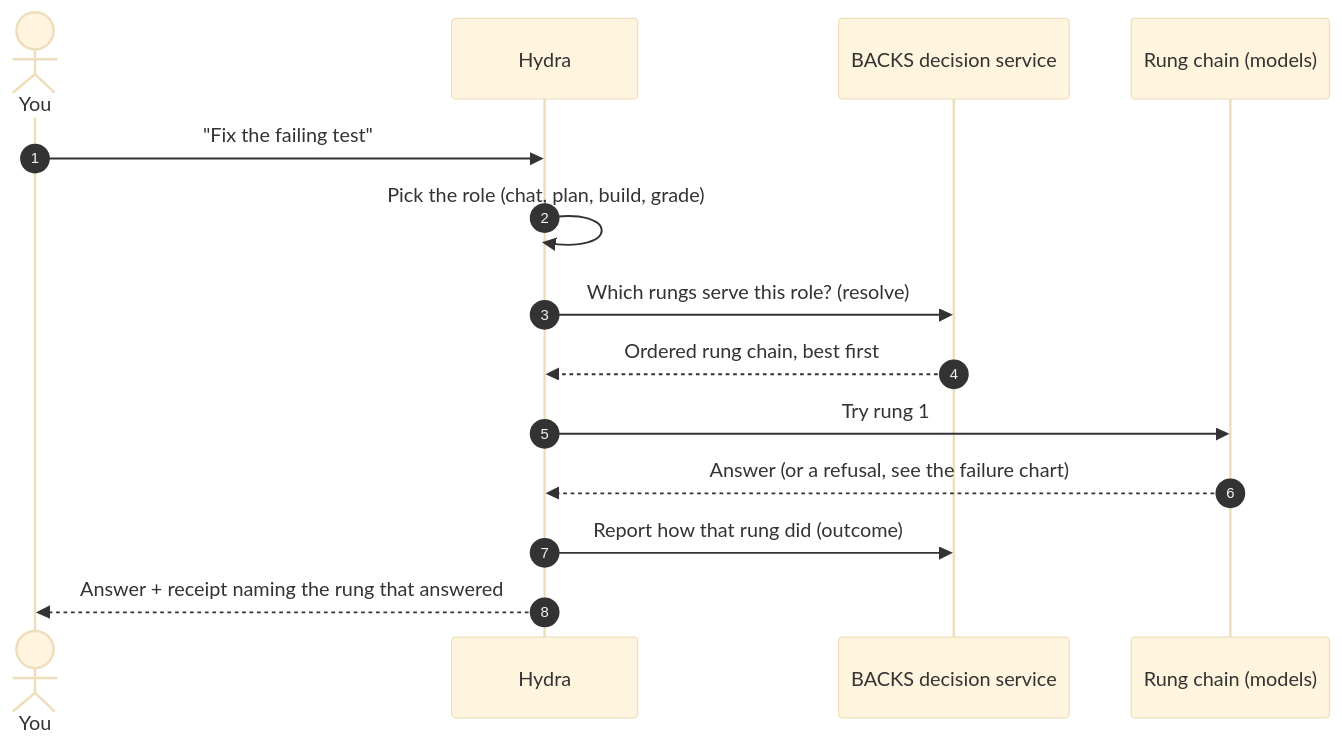
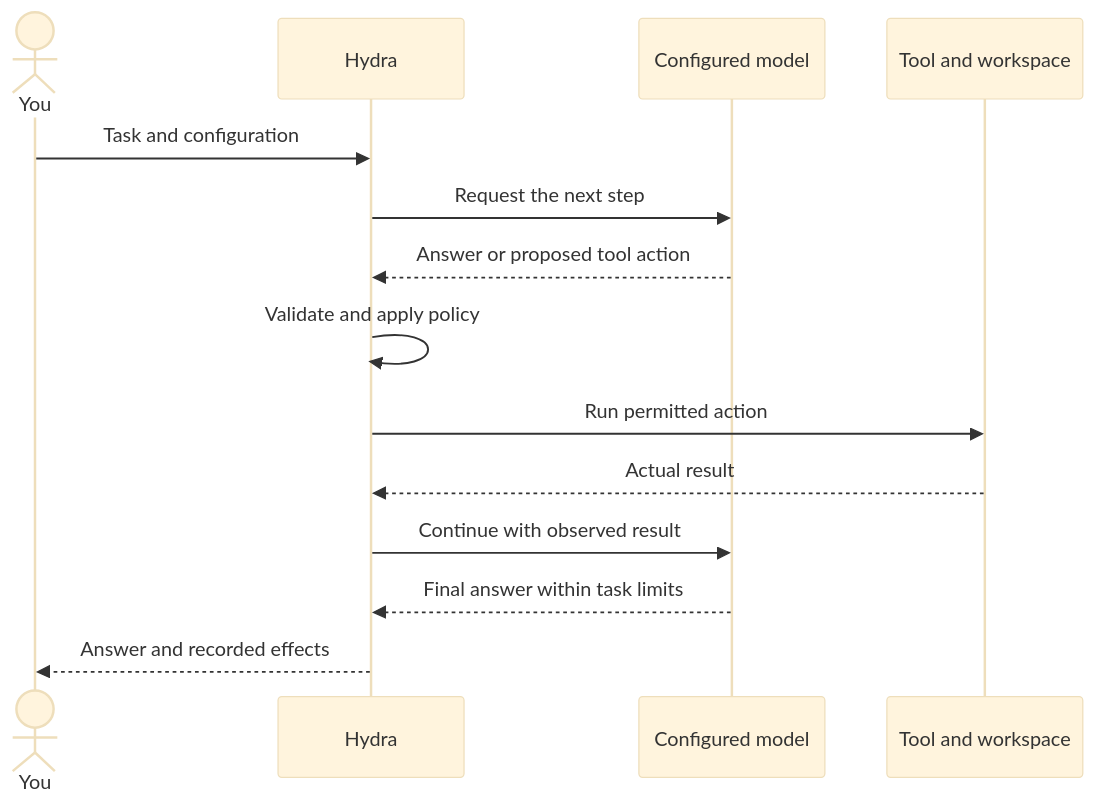
The diagram in hydra/charts/request-flow.mmd (Tcuzzo/Tcuzzo.github.io), drawn with Mermaid (base theme) before and after one commit. The commit also changed 12 other files, not shown here.

```diff
--- a/hydra/charts/request-flow.mmd
+++ b/hydra/charts/request-flow.mmd
@@ -1,14 +1,14 @@
 sequenceDiagram
-    autonumber
     actor You
     participant H as Hydra
-    participant R as BACKS decision service
-    participant L as Rung chain (models)
-    You->>H: "Fix the failing test"
-    H->>H: Pick the role (chat, plan, build, grade)
-    H->>R: Which rungs serve this role? (resolve)
-    R-->>H: Ordered rung chain, best first
-    H->>L: Try rung 1
-    L-->>H: Answer (or a refusal, see the failure chart)
-    H->>R: Report how that rung did (outcome)
-    H-->>You: Answer + receipt naming the rung that answered
+    participant M as Configured model
+    participant T as Tool and workspace
+    You->>H: Task and configuration
+    H->>M: Request the next step
+    M-->>H: Answer or proposed tool action
+    H->>H: Validate and apply policy
+    H->>T: Run permitted action
+    T-->>H: Actual result
+    H->>M: Continue with observed result
+    M-->>H: Final answer within task limits
+    H-->>You: Answer and recorded effects
```
